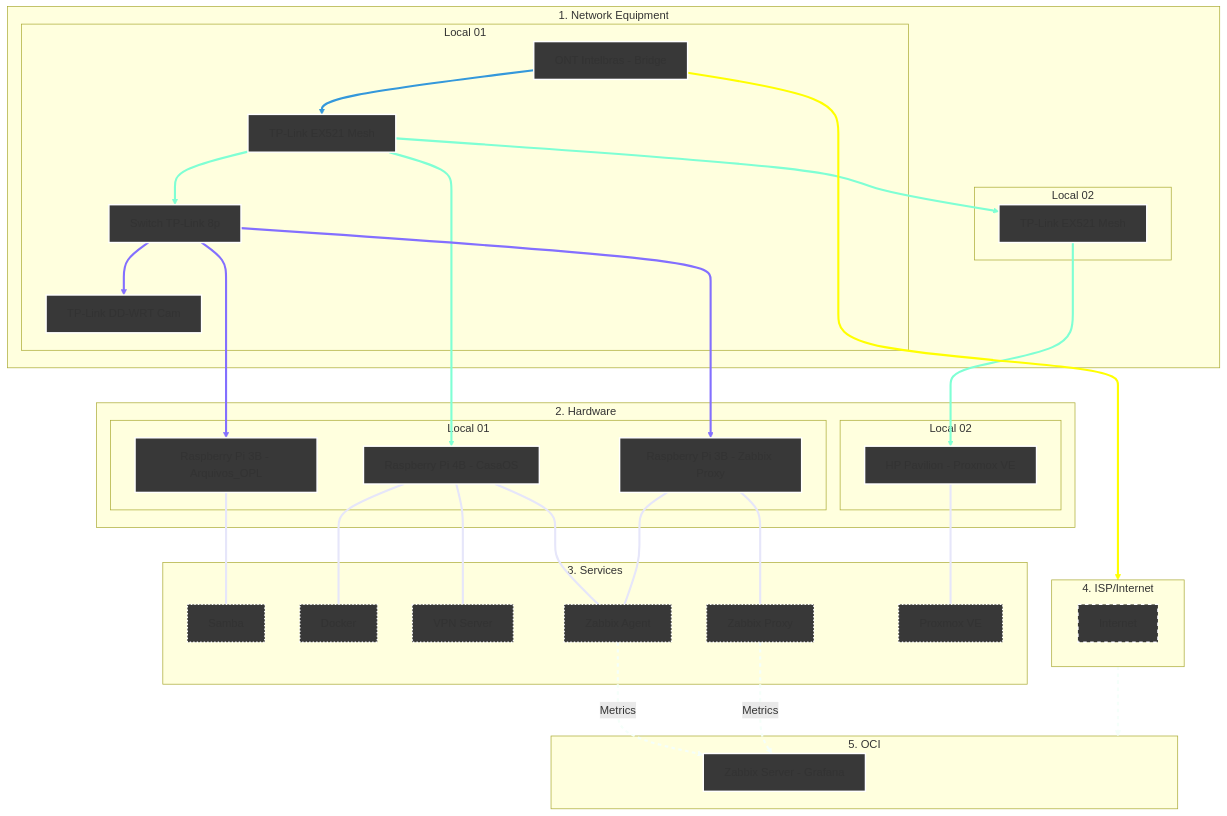
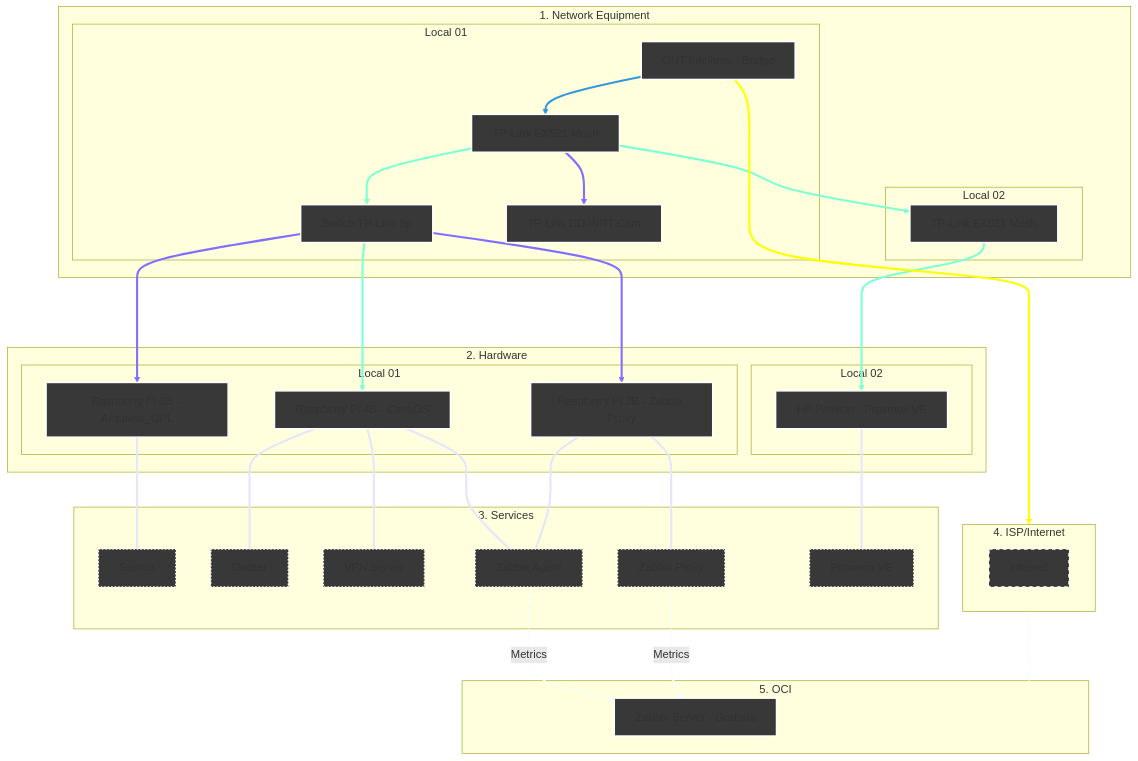
Before and after one commit to kevindexter22/Dr-Hardware-Autonet: the diagram in Infrastructure/README.md, drawn with Mermaid.

Commit message:
Fix network connections in README.md diagram

````diff
--- a/Infrastructure/README.md
+++ b/Infrastructure/README.md
@@ -13,72 +13,72 @@
 ```mermaid
 graph TD
     %% Styles
     classDef network fill:#383838,stroke:#FFFFFF,stroke-width:2px;
     classDef hardware fill:#383838,stroke:#FFFFFF,stroke-width:2px;
     classDef internet fill:#383838,stroke:#FFFFFF,stroke-width:2px,stroke-dasharray: 5 5;
     classDef services fill:#383838,stroke:#FFFFFF,stroke-width:2px, stroke-dasharray: 2 3;
     classDef oci fill:#383838,stroke:#FFFFFF,stroke-width:2px;
 
     %% 1. NETWORK EQUIPMENT
     subgraph Principal["1. Network Equipment"]
     subgraph S1 [Local 01]
         ONT[ONT Intelbras - Bridge]:::network --> R_Mesh1[TP-Link EX521 Mesh]:::network
         R_Mesh1 --> SW1[Switch TP-Link 8p]:::network
-        SW1 --> R_Cams[TP-Link DD-WRT Cam]:::network    
+        R_Mesh1 --> R_Cams[TP-Link DD-WRT Cam]:::network    
     end
     subgraph S2 [Local 02]
         R_Mesh1 --> R_Mesh2[TP-Link EX521 Mesh]:::network
     end
     end
     
     %% 2. HARDWARE
     subgraph Principal02["2. Hardware"]
     subgraph S3 [Local 01]
         SW1 ---> RPi3B_1[Raspberry Pi 3B - Arquivos_OPL]:::hardware
-        R_Mesh1 ---> RPi4B[Raspberry Pi 4B - CasaOS]:::hardware
+        SW1 ---> RPi4B[Raspberry Pi 4B - CasaOS]:::hardware
         SW1 ---> RPi3B_2[Raspberry Pi 3B - Zabbix Proxy]:::hardware
     end
     subgraph S4 [Local 02]
         R_Mesh2 ---> HP[HP Pavilion - Proxmox VE]:::hardware
     end
     end
 
     %% 3. SERVICES     
     subgraph S5 [3. Services];
         RPi3B_1 --- SMB1[Samba]:::services
         RPi4B --- Docker[Docker]:::services
         RPi4B --- VPN[VPN Server]:::services
         RPi4B --- ZA[Zabbix Agent]:::services
         RPi3B_2 --- ZA[Zabbix Agent]:::services
         RPi3B_2 --- ZP[Zabbix Proxy]:::services
         HP --- PVE[Proxmox VE]:::services        
     end
 
     %% 4. Internet (The Bridge)
     subgraph S6 [4. ISP/Internet]
            internet[Internet]:::internet
     end
 
     %% 5. Oracle Cloud Infrastructure
     subgraph S7 [5. OCI]
         ZS[Zabbix Server - Grafana]:::oci
     end
 
     %% Conections of data flow
     ONT --> S6
     S6 --> S7
     
     %% Logical conections
     ZA -.-> |Metrics| ZS
     ZP -.-> |Metrics| ZS 
 
     %% --- Set collor on conections ---
     
     linkStyle 0 stroke:#3498db,stroke-width:3px;
     linkStyle 1,3,5,7 stroke:#7FFFD4,stroke-width:3px;
     linkStyle 2,4,6 stroke:#836FFF,stroke-width:3px;
     linkStyle 8,9,10,11,12,13,14 stroke:#E6E6FA,stroke-width:3px;
     linkStyle 15 stroke:#FFFF00,stroke-width:3px;
     linkStyle 16,17,18 stroke:#F5FFFA,stroke-width:3px,stroke-dasharray: 5 5;
 
 ```
````
